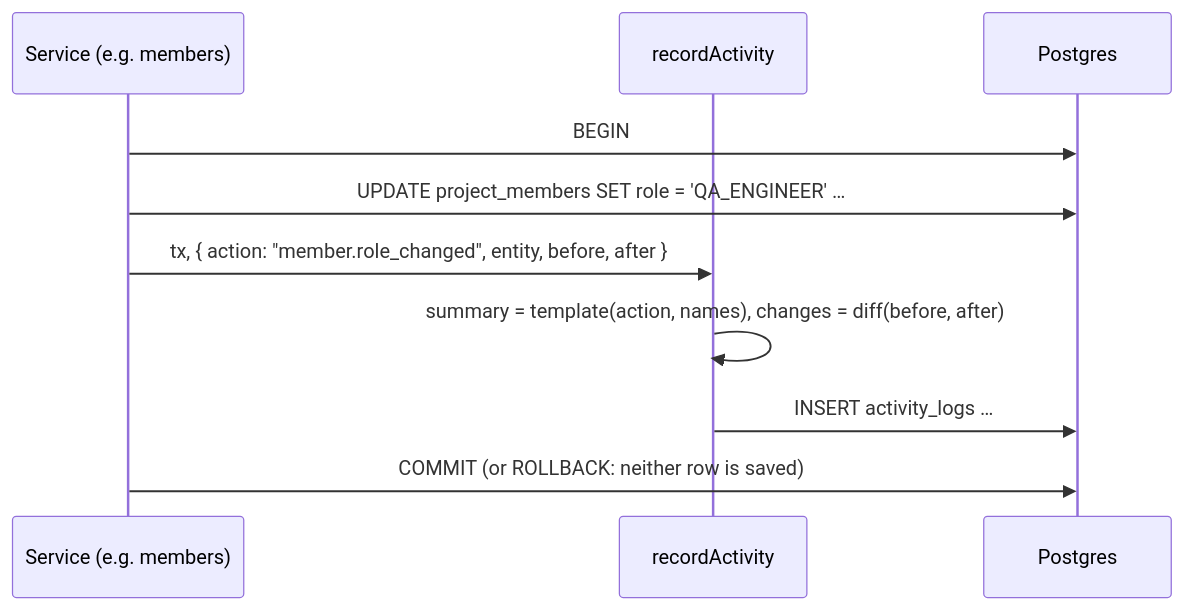
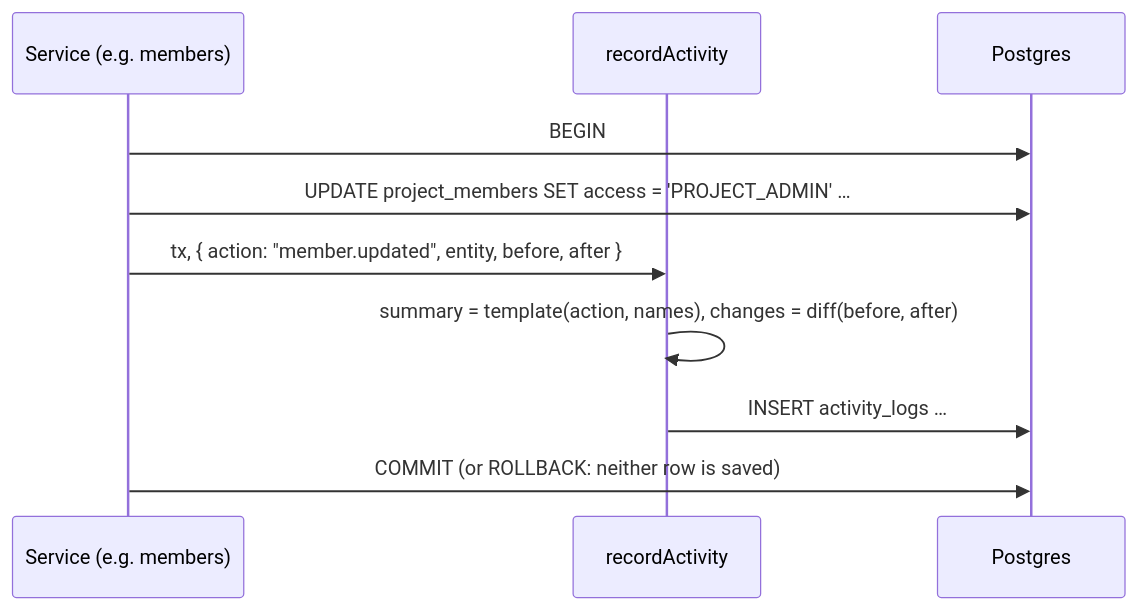
One commit to RITA-CHANN/qa-work-management changed the diagram in docs/design/detail/logic/DD-PROJECT-02-activity-log.md. Above: the diagram before and after it, drawn with Mermaid. The commit also changed other lines of this file and 59 other files, not shown here.

First line of the commit message:
docs: role model v2 (Project admin / Member + job title), ADR-0011

````diff
--- a/docs/design/detail/logic/DD-PROJECT-02-activity-log.md
+++ b/docs/design/detail/logic/DD-PROJECT-02-activity-log.md
@@ -26,12 +26,12 @@
 ```mermaid
 sequenceDiagram
     participant S as Service (e.g. members)
     participant R as recordActivity
     participant DB as Postgres
     S->>DB: BEGIN
-    S->>DB: UPDATE project_members SET role = 'QA_ENGINEER' …
-    S->>R: tx, { action: "member.role_changed", entity, before, after }
+    S->>DB: UPDATE project_members SET access = 'PROJECT_ADMIN' …
+    S->>R: tx, { action: "member.updated", entity, before, after }
     R->>R: summary = template(action, names), changes = diff(before, after)
     R->>DB: INSERT activity_logs …
     S->>DB: COMMIT (or ROLLBACK: neither row is saved)
 ```
````
